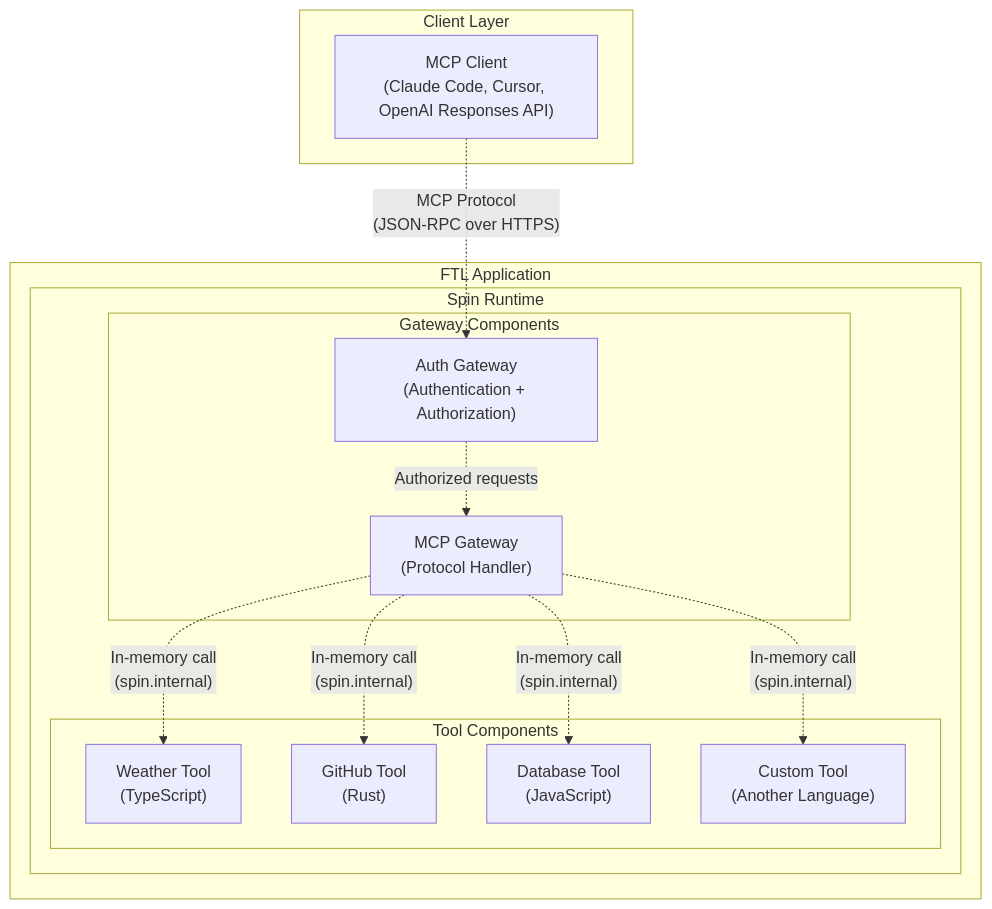
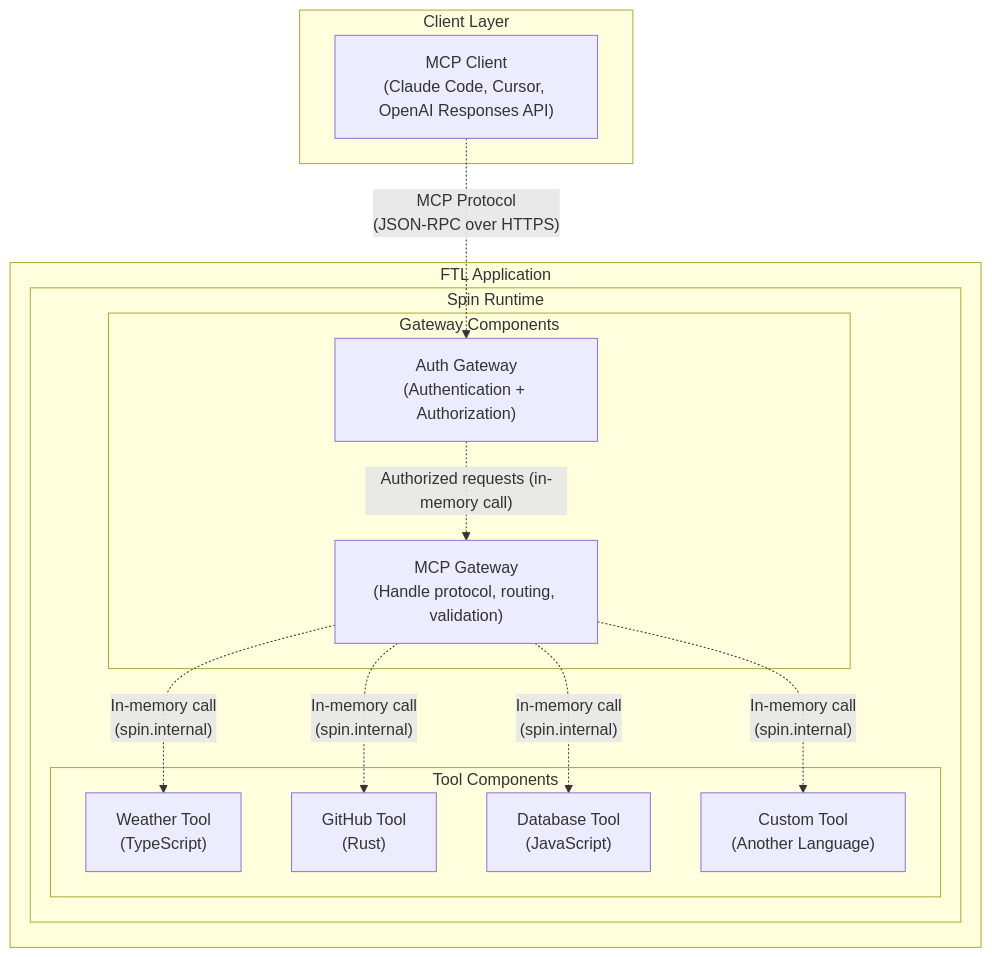
One commit to fastertools/ftl changed the diagram in README.md. Above: the diagram before and after it, drawn with Mermaid.

Commit message:
docs: nit readme

````diff
--- a/README.md
+++ b/README.md
@@ -181,29 +181,29 @@
 ```mermaid
 graph TB
     subgraph "Client Layer"
         Agent["MCP Client<br/>(Claude Code, Cursor, OpenAI Responses API)"]
     end
     
     subgraph "FTL Application" 
         subgraph "Spin Runtime"
             subgraph "Gateway Components"
                 AuthGateway["Auth Gateway<br/>(Authentication + Authorization)"]
-                MCPGateway["MCP Gateway<br/>(Protocol Handler)"]
+                MCPGateway["MCP Gateway<br/>(Handle protocol, routing, validation)"]
             end
             
             subgraph "Tool Components"
                 Weather["Weather Tool<br/>(TypeScript)"]
                 GitHub["GitHub Tool<br/>(Rust)"]
                 Database["Database Tool<br/>(JavaScript)"]
                 Custom["Custom Tool<br/>(Another Language)"]
             end
         end
     end
     
     Agent -.->|"MCP Protocol<br/>(JSON-RPC over HTTPS)"| AuthGateway
-    AuthGateway -.->|"Authorized requests"| MCPGateway
+    AuthGateway -.->|"Authorized requests (in-memory call)"| MCPGateway
     MCPGateway -.->|"In-memory call<br/>(spin.internal)"| Weather
     MCPGateway -.->|"In-memory call<br/>(spin.internal)"| GitHub
     MCPGateway -.->|"In-memory call<br/>(spin.internal)"| Database
     MCPGateway -.->|"In-memory call<br/>(spin.internal)"| Custom
 ```
````
